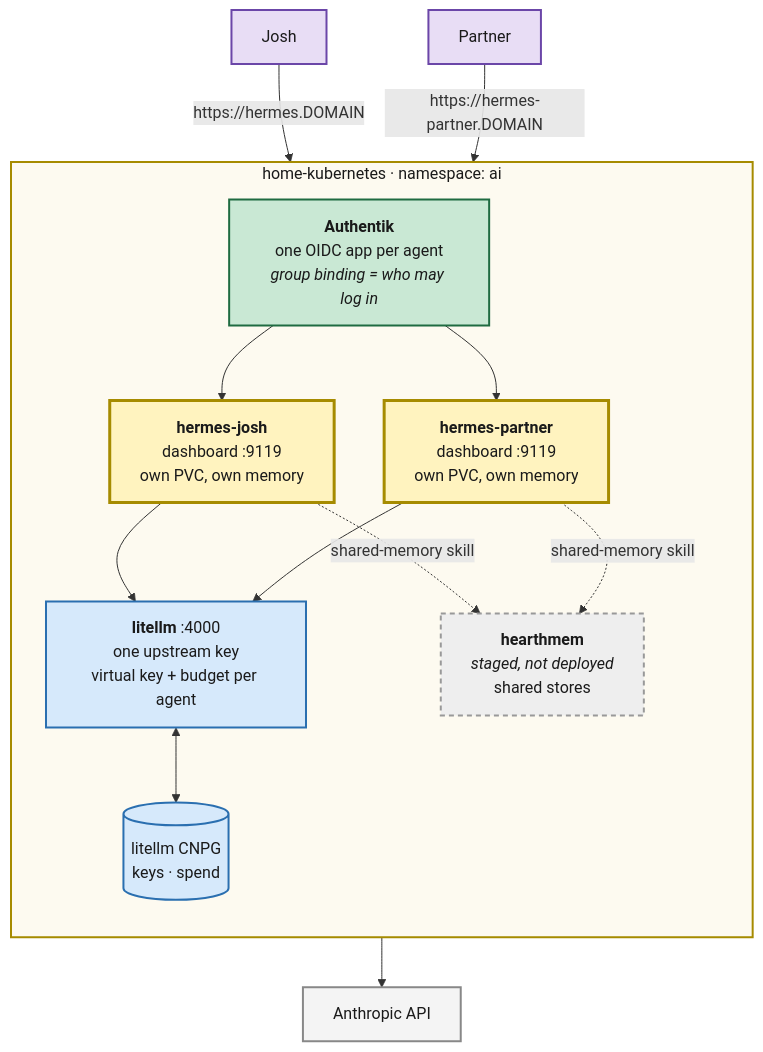
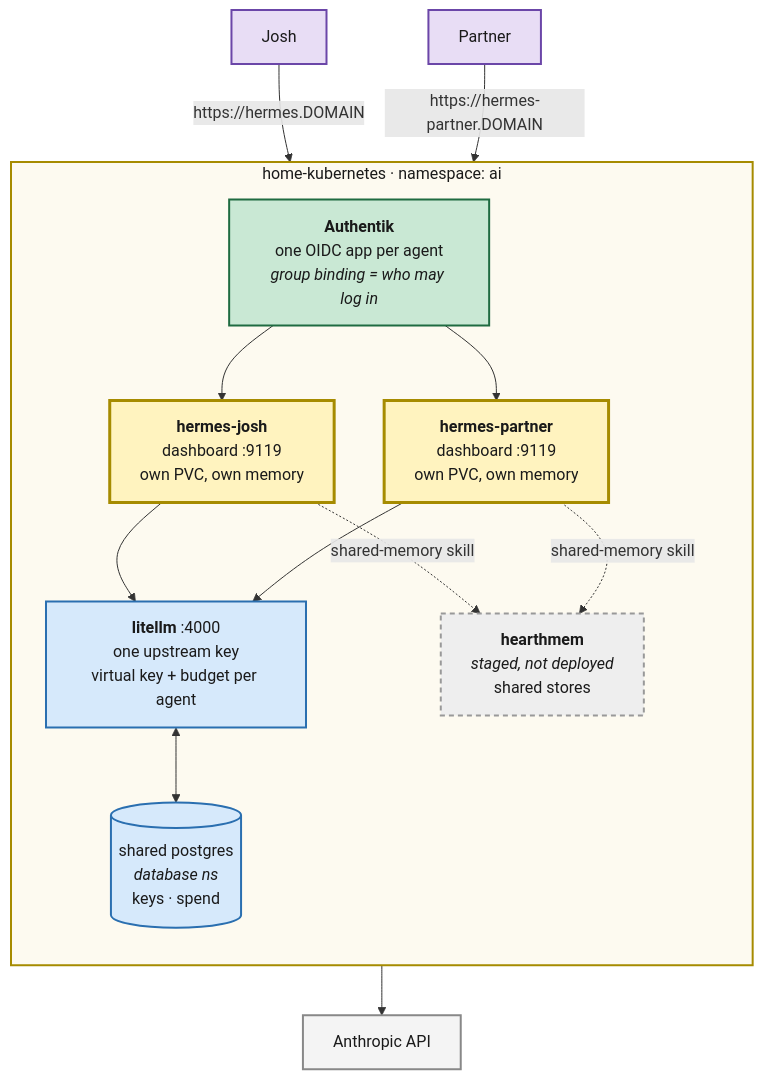
Before and after one commit to jokajak/home-ops: the diagram in docs/plans/2026-08-24-hermes-household-agents.md, drawn with Mermaid. The commit also changed other lines of this file and 17 other files, not shown here.

````diff
--- a/docs/plans/2026-08-24-hermes-household-agents.md
+++ b/docs/plans/2026-08-24-hermes-household-agents.md
@@ -28,36 +28,36 @@
 ```mermaid
 flowchart TB
     J["Josh"]:::person
     P["Partner"]:::person
 
     subgraph CLUSTER["home-kubernetes · namespace: ai"]
         direction TB
         AUTH["<b>Authentik</b><br/>one OIDC app per agent<br/><i>group binding = who may log in</i>"]:::auth
         HJ["<b>hermes-josh</b><br/>dashboard :9119<br/>own PVC, own memory"]:::agent
         HP["<b>hermes-partner</b><br/>dashboard :9119<br/>own PVC, own memory"]:::agent
         LL["<b>litellm</b> :4000<br/>one upstream key<br/>virtual key + budget per agent"]:::infra
-        DB[("litellm CNPG<br/>keys · spend")]:::infra
+        DB[("shared postgres<br/><i>database ns</i><br/>keys · spend")]:::infra
         HM["<b>hearthmem</b><br/><i>staged, not deployed</i><br/>shared stores"]:::staged
     end
 
     ANTH["Anthropic API"]:::ext
 
     J -->|"https://hermes.DOMAIN"| AUTH
     P -->|"https://hermes-partner.DOMAIN"| AUTH
     AUTH --> HJ
     AUTH --> HP
     HJ --> LL
     HP --> LL
     LL <--> DB
     LL --> ANTH
     HJ -. "shared-memory skill" .-> HM
     HP -. "shared-memory skill" .-> HM
 
     classDef person fill:#e8ddf5,stroke:#6b46a8,stroke-width:2px,color:#1a1a1a
     classDef agent fill:#fff3bf,stroke:#a68b00,stroke-width:3px,color:#1a1a1a
     classDef infra fill:#d6e9fb,stroke:#2a6fb0,stroke-width:2px,color:#1a1a1a
     classDef auth fill:#c9e8d4,stroke:#1f6b41,stroke-width:2px,color:#1a1a1a
     classDef staged fill:#eeeeee,stroke:#999999,stroke-width:2px,stroke-dasharray:5 4,color:#1a1a1a
     classDef ext fill:#f4f4f4,stroke:#888888,stroke-width:2px,color:#1a1a1a
     style CLUSTER fill:#fdfaf0,stroke:#a68b00,stroke-width:2px,color:#1a1a1a
 ```
````
